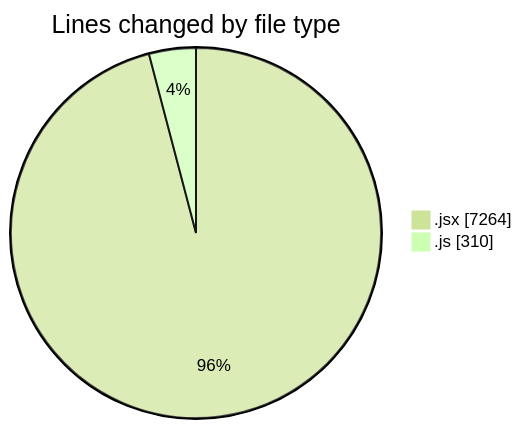
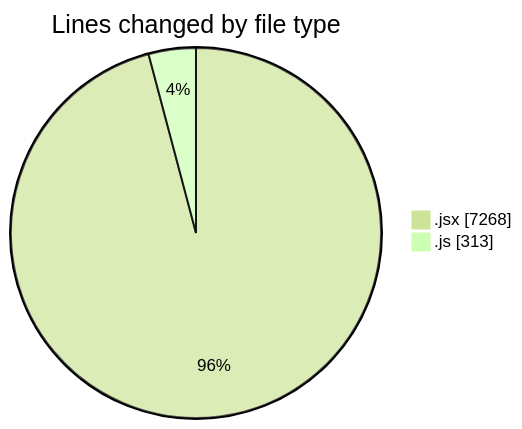
The first of 2 diagrams in 2025-07-09/argos/README.md (nxtqubesakshisongat/code-tracking), drawn with Mermaid (forest theme) before and after one commit. The commit also changed other lines of this file and 1 other file, not shown here.

````diff
--- a/2025-07-09/argos/README.md
+++ b/2025-07-09/argos/README.md
@@ -28,6 +28,6 @@
 ```mermaid
 pie showData
 title Lines changed by file type
-".jsx" : 7264
-".js" : 310
+".jsx" : 7268
+".js" : 313
 ```
````
